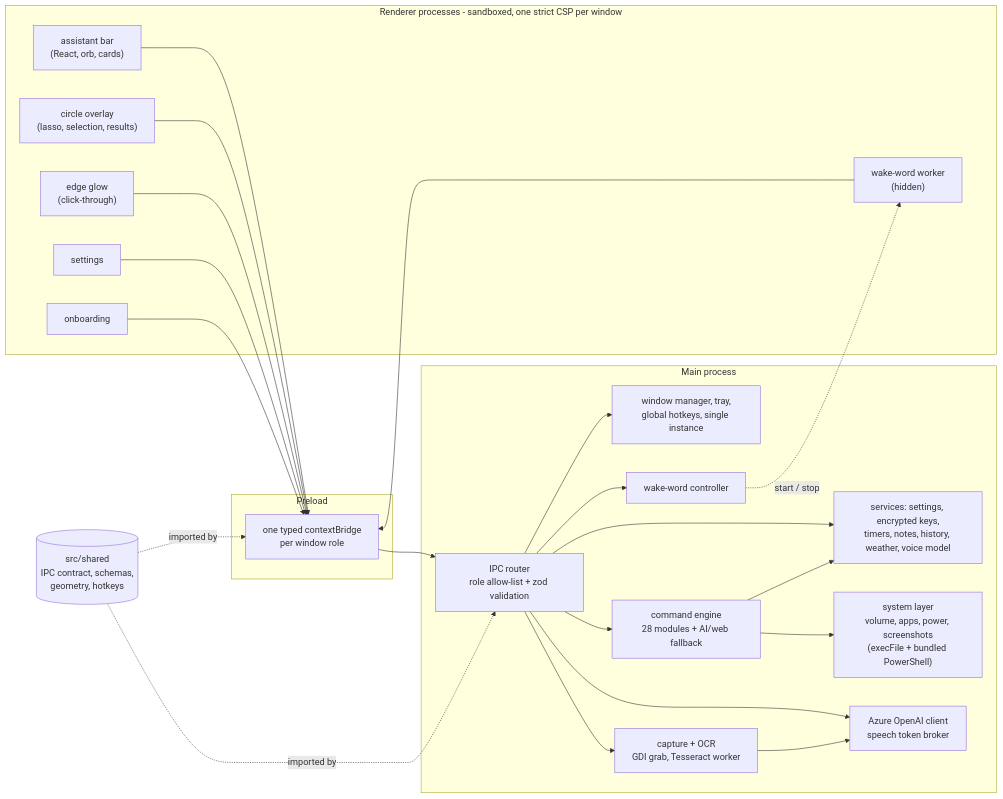
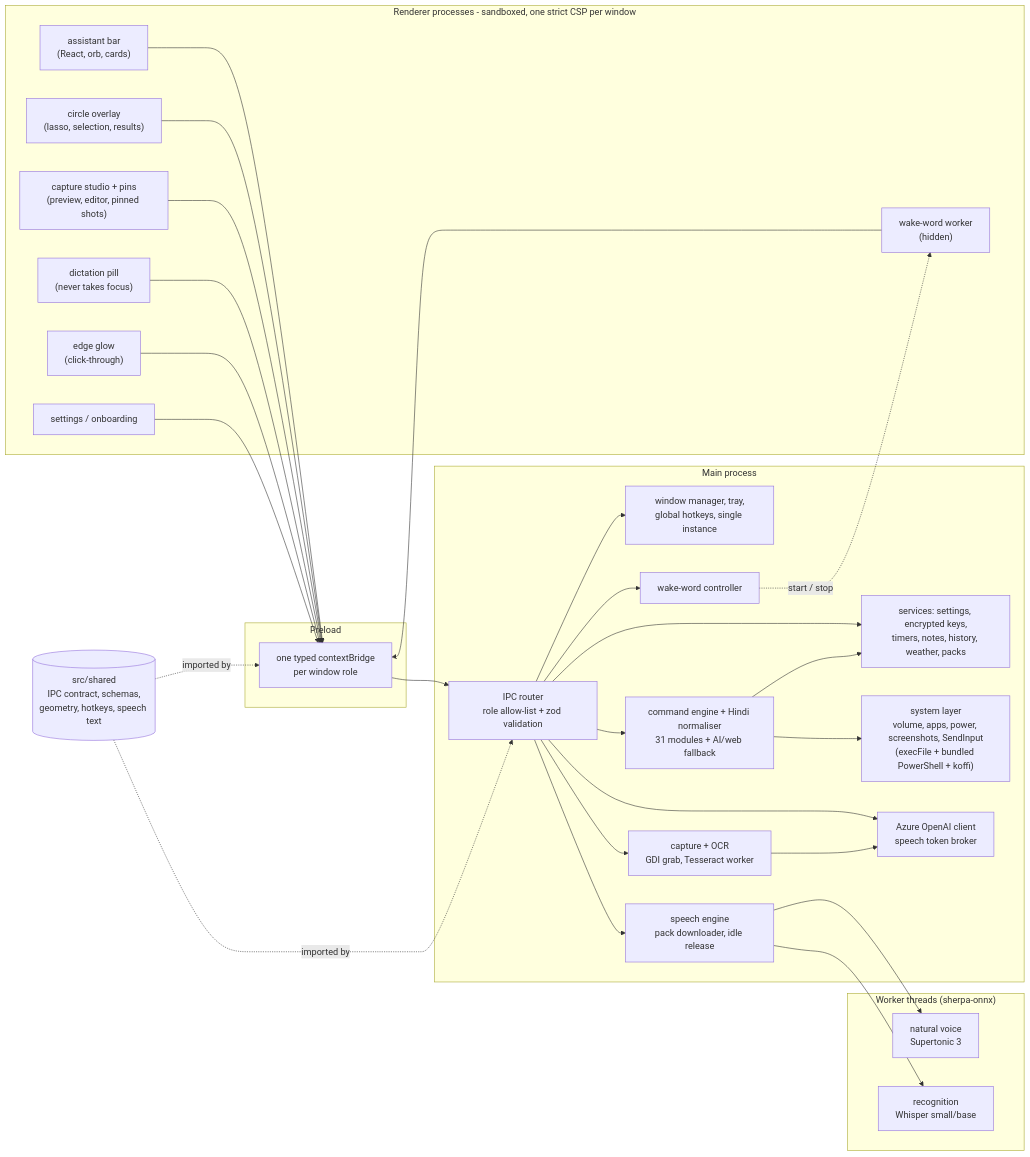
One commit to snowjug/Beekeeper changed the diagram in README.md. Above: the diagram before and after it, drawn with Mermaid. The commit also changed other lines of this file and 5 other files, not shown here.

````diff
--- a/README.md
+++ b/README.md
@@ -160,33 +273,40 @@
 ```mermaid
 flowchart LR
   subgraph R["Renderer processes - sandboxed, one strict CSP per window"]
     A["assistant bar<br/>(React, orb, cards)"]
     C["circle overlay<br/>(lasso, selection, results)"]
+    ST["capture studio + pins<br/>(preview, editor, pinned shots)"]
+    D["dictation pill<br/>(never takes focus)"]
     G["edge glow<br/>(click-through)"]
-    S["settings"]
-    O["onboarding"]
+    S["settings / onboarding"]
     W["wake-word worker<br/>(hidden)"]
   end
   subgraph P["Preload"]
     B["one typed contextBridge<br/>per window role"]
   end
   subgraph M["Main process"]
     I["IPC router<br/>role allow-list + zod validation"]
     WM["window manager, tray,<br/>global hotkeys, single instance"]
-    CE["command engine<br/>28 modules + AI/web fallback"]
-    SV["services: settings, encrypted keys,<br/>timers, notes, history, weather, voice model"]
-    SY["system layer<br/>volume, apps, power, screenshots<br/>(execFile + bundled PowerShell)"]
+    CE["command engine + Hindi normaliser<br/>31 modules + AI/web fallback"]
+    SV["services: settings, encrypted keys,<br/>timers, notes, history, weather, packs"]
+    SY["system layer<br/>volume, apps, power, screenshots, SendInput<br/>(execFile + bundled PowerShell + koffi)"]
     CP["capture + OCR<br/>GDI grab, Tesseract worker"]
+    SP["speech engine<br/>pack downloader, idle release"]
     AI["Azure OpenAI client<br/>speech token broker"]
     WK["wake-word controller"]
   end
-  SH[("src/shared<br/>IPC contract, schemas,<br/>geometry, hotkeys")]
-  A & C & G & S & O & W --> B --> I
-  I --> WM & CE & SV & CP & AI & WK
+  subgraph T["Worker threads (sherpa-onnx)"]
+    TT["natural voice<br/>Supertonic 3"]
+    TW["recognition<br/>Whisper small/base"]
+  end
+  SH[("src/shared<br/>IPC contract, schemas,<br/>geometry, hotkeys, speech text")]
+  A & C & ST & D & G & S & W --> B --> I
+  I --> WM & CE & SV & CP & AI & WK & SP
   CE --> SY
   CE --> SV
   CP --> AI
+  SP --> TT & TW
   WK -. start / stop .-> W
   SH -. imported by .-> I
   SH -. imported by .-> B
 ```
````
